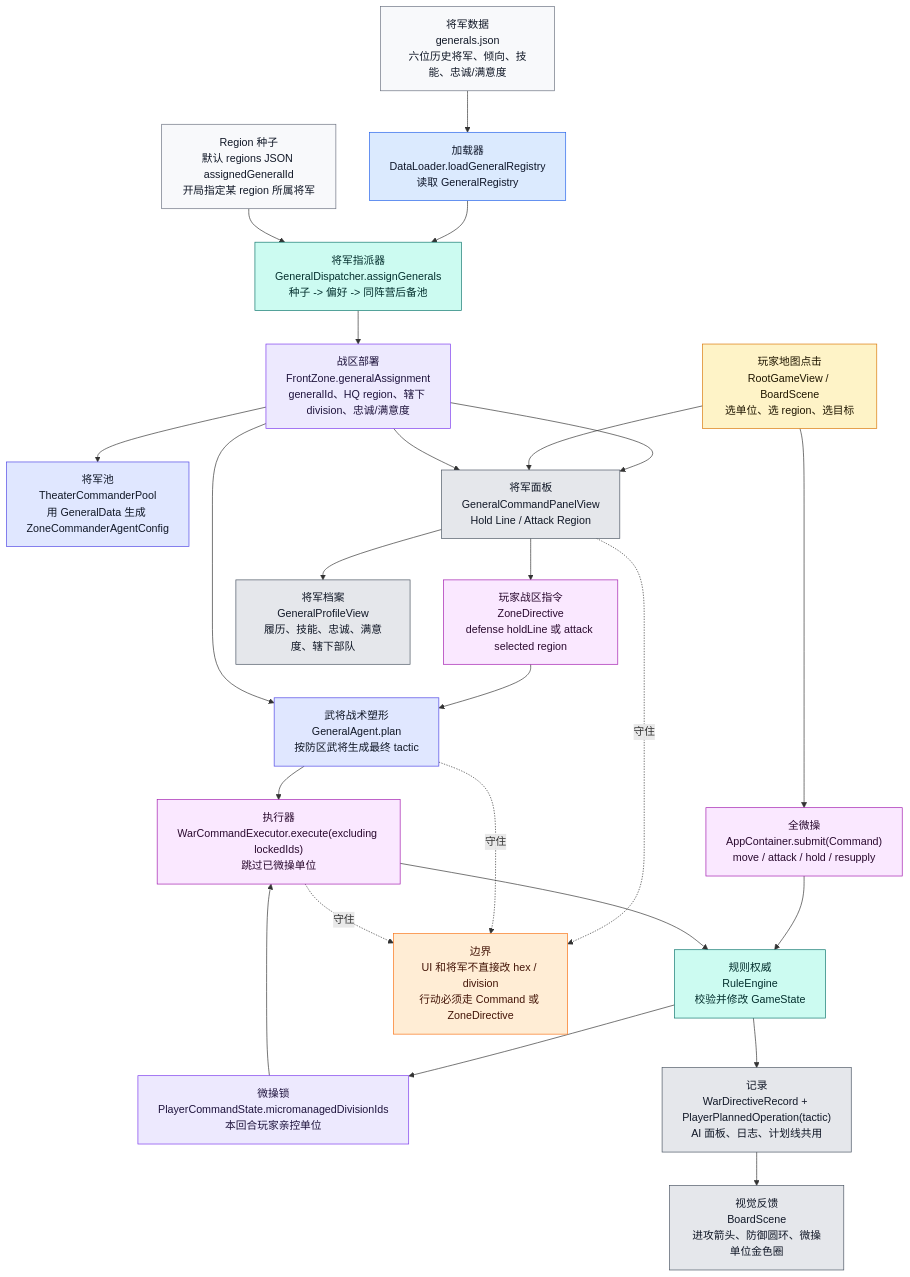
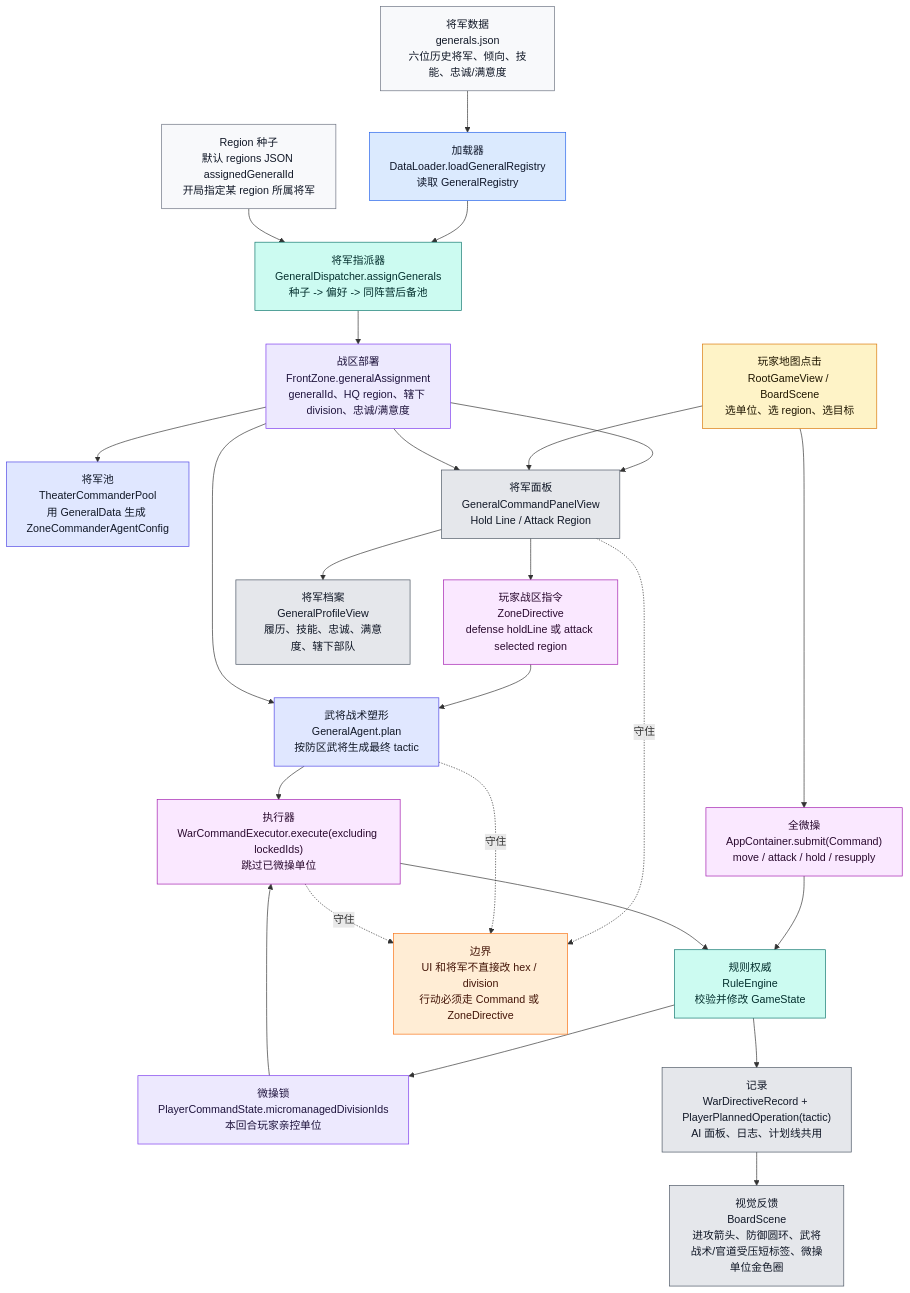
The eighth of 9 diagrams in md/flow/flowchart.md (Altman-sam114/121), drawn with Mermaid before and after one commit. The commit also changed other lines of this file and 6 other files, not shown here.

````diff
--- a/md/flow/flowchart.md
+++ b/md/flow/flowchart.md
@@ -508,45 +508,45 @@
 ```mermaid
 flowchart TD
     GJSON["将军数据<br/>generals.json<br/>六位历史将军、倾向、技能、忠诚/满意度"]:::data
     RJSON["Region 种子<br/>默认 regions JSON assignedGeneralId<br/>开局指定某 region 所属将军"]:::data
     DL["加载器<br/>DataLoader.loadGeneralRegistry<br/>读取 GeneralRegistry"]:::loader
     DISP["将军指派器<br/>GeneralDispatcher.assignGenerals<br/>种子 -> 偏好 -> 同阵营后备池"]:::rules
     FZ["战区部署<br/>FrontZone.generalAssignment<br/>generalId、HQ region、辖下 division、忠诚/满意度"]:::state
     POOL["将军池<br/>TheaterCommanderPool<br/>用 GeneralData 生成 ZoneCommanderAgentConfig"]:::ai
 
     TAP["玩家地图点击<br/>RootGameView / BoardScene<br/>选单位、选 region、选目标"]:::input
     MICRO["全微操<br/>AppContainer.submit(Command)<br/>move / attack / hold / resupply"]:::command
     LOCK["微操锁<br/>PlayerCommandState.micromanagedDivisionIds<br/>本回合玩家亲控单位"]:::state
     GENUI["将军面板<br/>GeneralCommandPanelView<br/>Hold Line / Attack Region"]:::ui
     ZD["玩家战区指令<br/>ZoneDirective<br/>defense holdLine 或 attack selected region"]:::command
     GENA["武将战术塑形<br/>GeneralAgent.plan<br/>按防区武将生成最终 tactic"]:::ai
     WCE["执行器<br/>WarCommandExecutor.execute(excluding lockedIds)<br/>跳过已微操单位"]:::command
     RE["规则权威<br/>RuleEngine<br/>校验并修改 GameState"]:::rules
     RECORD["记录<br/>WarDirectiveRecord + PlayerPlannedOperation(tactic)<br/>AI 面板、日志、计划线共用"]:::ui
-    BOARD["视觉反馈<br/>BoardScene<br/>进攻箭头、防御圆环、微操单位金色圈"]:::ui
+    BOARD["视觉反馈<br/>BoardScene<br/>进攻箭头、防御圆环、武将战术/官道受压短标签、微操单位金色圈"]:::ui
     PROFILE["将军档案<br/>GeneralProfileView<br/>履历、技能、忠诚、满意度、辖下部队"]:::ui
 
     GJSON --> DL --> DISP
     RJSON --> DISP --> FZ --> POOL
     FZ --> GENUI --> PROFILE
     TAP --> MICRO --> RE --> LOCK
     LOCK --> WCE
     TAP --> GENUI --> ZD --> GENA --> WCE --> RE --> RECORD --> BOARD
     FZ --> GENUI
     FZ --> GENA
 
     WARN["边界<br/>UI 和将军不直接改 hex / division<br/>行动必须走 Command 或 ZoneDirective"]:::warn
     GENUI -.守住.-> WARN
     GENA -.守住.-> WARN
     WCE -.守住.-> WARN
 
     classDef data fill:#f8f9fb,stroke:#6b7280,color:#111827
     classDef loader fill:#dbeafe,stroke:#2563eb,color:#0f172a
     classDef state fill:#ede9fe,stroke:#7c3aed,color:#1f143d
     classDef ai fill:#e0e7ff,stroke:#4f46e5,color:#111827
     classDef input fill:#fef3c7,stroke:#d97706,color:#1f1600
     classDef command fill:#fae8ff,stroke:#a21caf,color:#2a0a2f
     classDef rules fill:#ccfbf1,stroke:#0f766e,color:#042f2e
     classDef ui fill:#e5e7eb,stroke:#4b5563,color:#111827
     classDef warn fill:#ffedd5,stroke:#f97316,color:#431407
 ```
````
